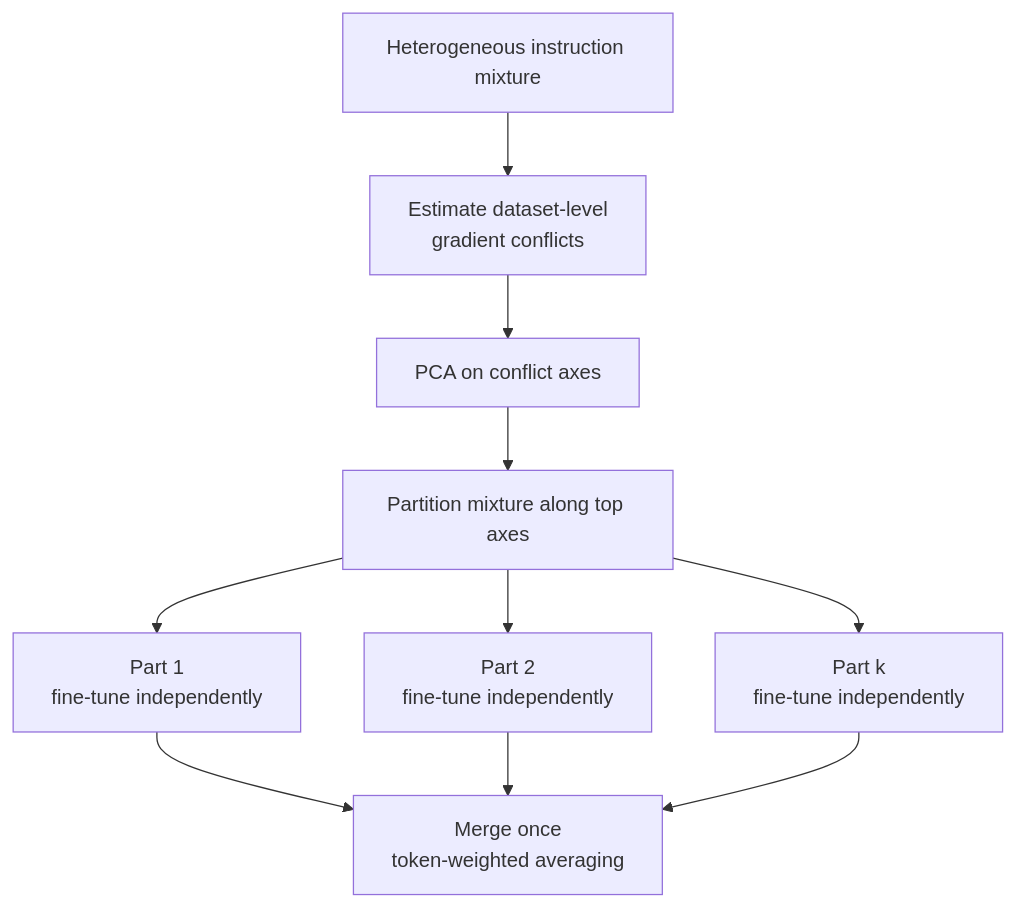
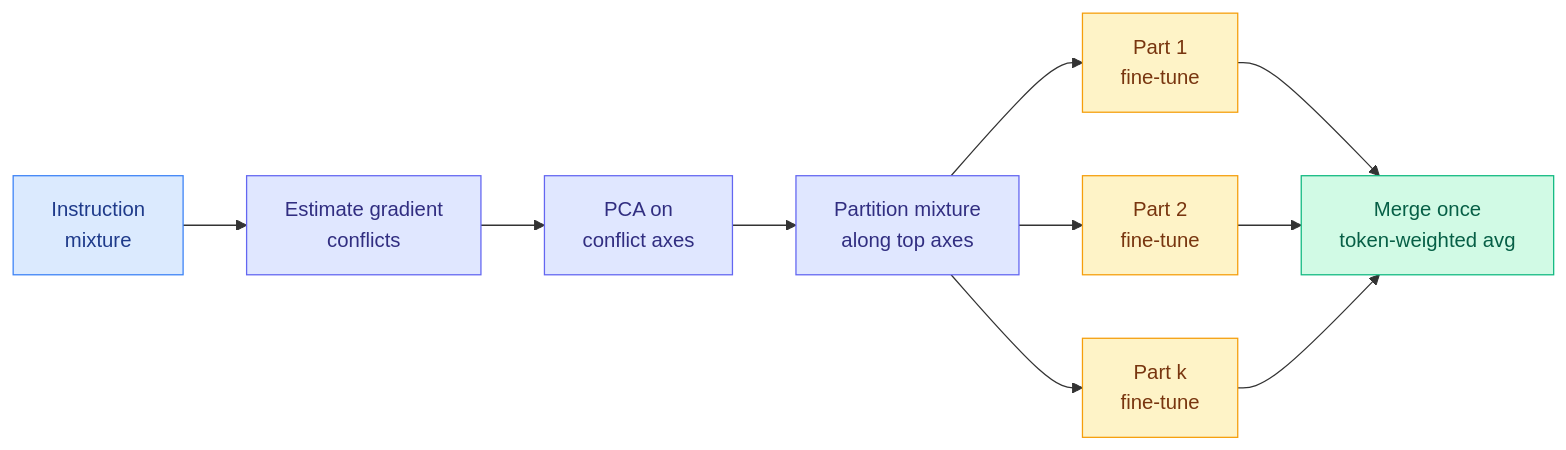
One commit to bayesiansapien/cere-bro changed the sixth of 7 diagrams in wiki/daily-digest/2026-06/2026-06-03.md. Above: the diagram before and after it, drawn with Mermaid.

Commit message:
wiki: update wiki/2026-06-03

````diff
--- a/wiki/daily-digest/2026-06/2026-06-03.md
+++ b/wiki/daily-digest/2026-06/2026-06-03.md
@@ -276,12 +276,20 @@
 ```mermaid
-flowchart TB
-  I[Heterogeneous instruction mixture] --> E[Estimate dataset-level<br/>gradient conflicts]
-  E --> P[PCA on conflict axes]
-  P --> Split[Partition mixture along top axes]
-  Split --> P1[Part 1<br/>fine-tune independently]
-  Split --> P2[Part 2<br/>fine-tune independently]
-  Split --> Pn[Part k<br/>fine-tune independently]
-  P1 --> M[Merge once<br/>token-weighted averaging]
+flowchart LR
+  I[Instruction<br/>mixture] --> E[Estimate gradient<br/>conflicts]
+  E --> P[PCA on<br/>conflict axes]
+  P --> Split[Partition mixture<br/>along top axes]
+  Split --> P1[Part 1<br/>fine-tune]
+  Split --> P2[Part 2<br/>fine-tune]
+  Split --> Pn[Part k<br/>fine-tune]
+  P1 --> M[Merge once<br/>token-weighted avg]
   P2 --> M
   Pn --> M
+  classDef input fill:#dbeafe,stroke:#3b82f6,color:#1e3a8a
+  classDef stage fill:#e0e7ff,stroke:#6366f1,color:#312e81
+  classDef specialist fill:#fef3c7,stroke:#f59e0b,color:#78350f
+  classDef output fill:#d1fae5,stroke:#10b981,color:#065f46
+  class I input
+  class E,P,Split stage
+  class P1,P2,Pn specialist
+  class M output
 ```
````
